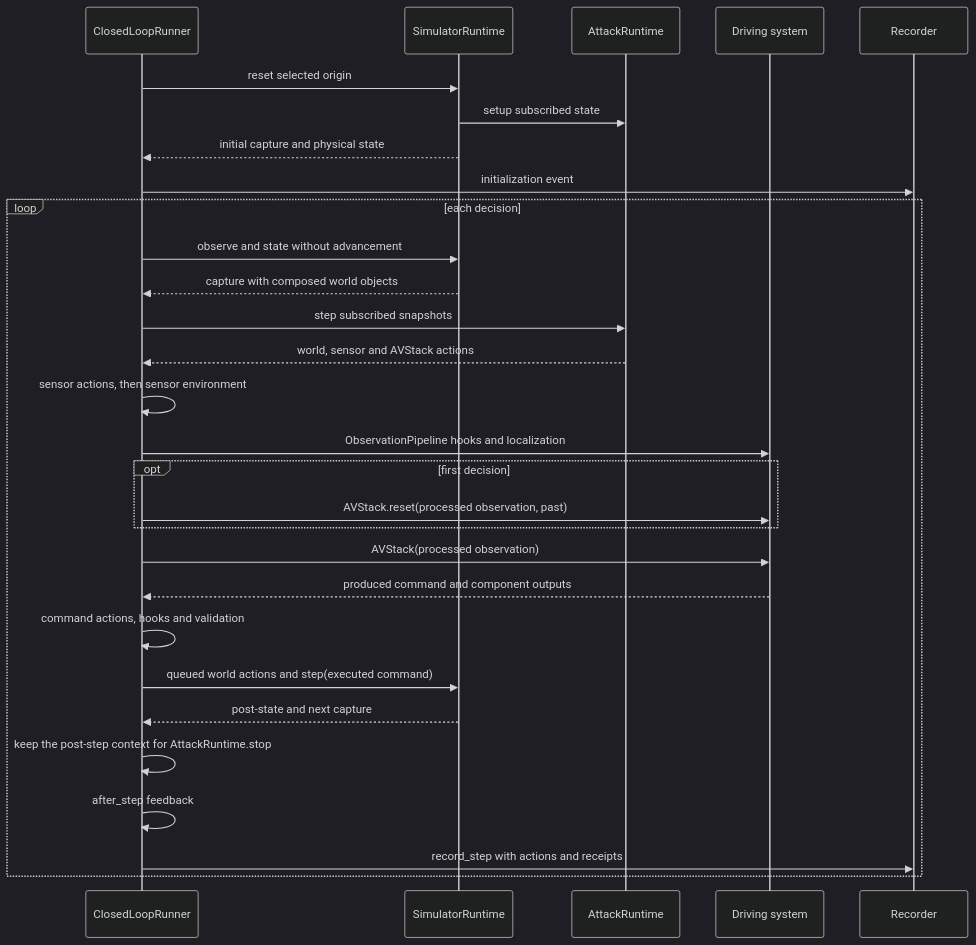
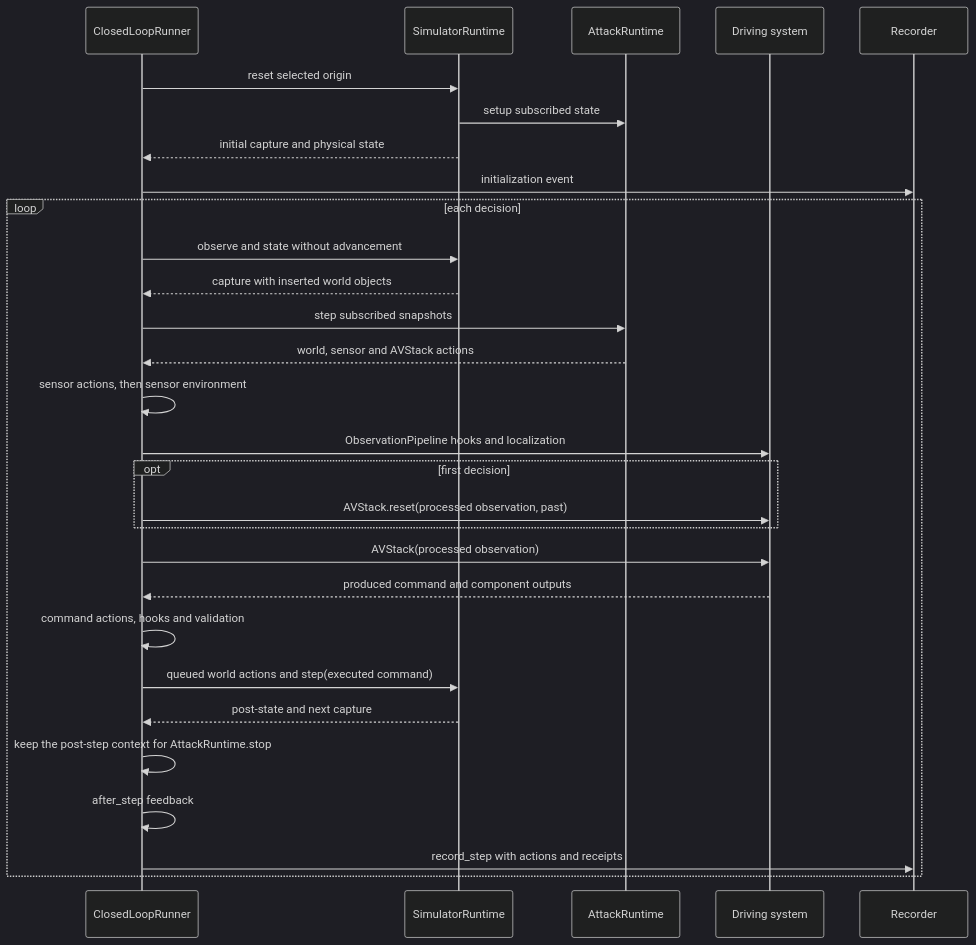
Before and after one commit to AVSecProject/AVSecTester: the diagram in docs/reference/runtime.md, drawn with Mermaid (dark theme). The commit also changed other lines of this file and 32 other files, not shown here.

````diff
--- a/docs/reference/runtime.md
+++ b/docs/reference/runtime.md
@@ -28,31 +28,31 @@
 ```mermaid
 sequenceDiagram
     participant R as ClosedLoopRunner
     participant S as SimulatorRuntime
     participant A as AttackRuntime
     participant D as Driving system
     participant L as Recorder
     R->>S: reset selected origin
     S->>A: setup subscribed state
     S-->>R: initial capture and physical state
     R->>L: initialization event
     loop each decision
         R->>S: observe and state without advancement
-        S-->>R: capture with composed world objects
+        S-->>R: capture with inserted world objects
         R->>A: step subscribed snapshots
         A-->>R: world, sensor and AVStack actions
         R->>R: sensor actions, then sensor environment
         R->>D: ObservationPipeline hooks and localization
         opt first decision
             R->>D: AVStack.reset(processed observation, past)
         end
         R->>D: AVStack(processed observation)
         D-->>R: produced command and component outputs
         R->>R: command actions, hooks and validation
         R->>S: queued world actions and step(executed command)
         S-->>R: post-state and next capture
         R->>R: keep the post-step context for AttackRuntime.stop
         R->>R: after_step feedback
         R->>L: record_step with actions and receipts
     end
 ```
````
